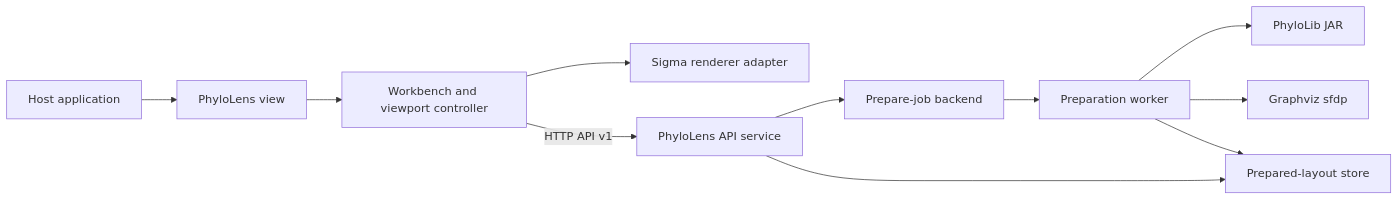
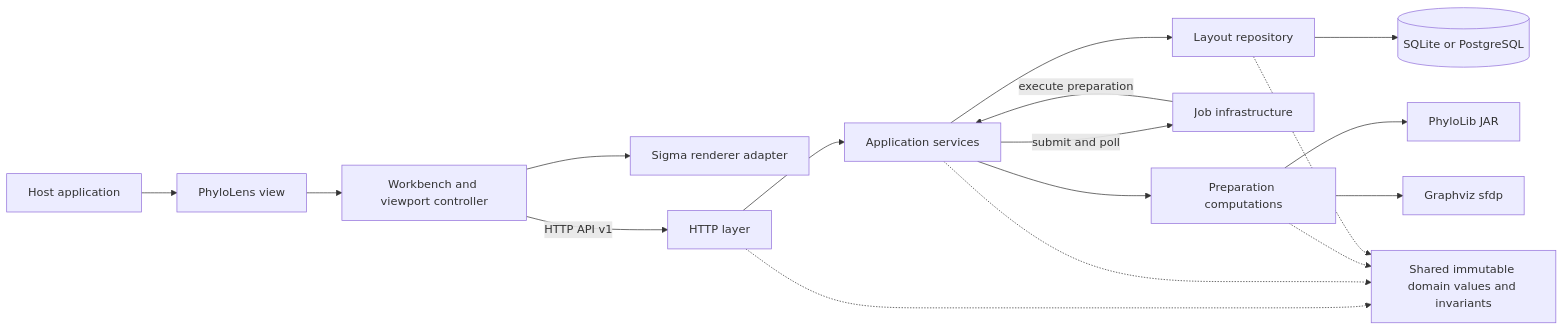
Before and after one commit to phyloviz/phylo-lens: the first of 3 diagrams in docs/ARCHITECTURE_SPEC.md, drawn with Mermaid. The commit also changed other lines of this file and 9 other files, not shown here.

Commit message:
docs(server): document layer ownership and preparation semantics

````diff
--- a/docs/ARCHITECTURE_SPEC.md
+++ b/docs/ARCHITECTURE_SPEC.md
@@ -12,24 +13,20 @@
 ```mermaid
 flowchart LR
-  Host[Host application]
-  View[PhyloLens view]
-  Workbench[Workbench and viewport controller]
-  Renderer[Sigma renderer adapter]
-  API[PhyloLens API service]
-  Jobs[Prepare-job backend]
-  Worker[Preparation worker]
-  Store[Prepared-layout store]
-  PhyloLib[PhyloLib JAR]
-  Graphviz[Graphviz sfdp]
-
-  Host --> View
-  View --> Workbench
-  Workbench --> Renderer
-  Workbench -->|HTTP API v1| API
-  API --> Jobs
-  Jobs --> Worker
-  Worker --> PhyloLib
-  Worker --> Graphviz
-  Worker --> Store
-  API --> Store
+  Host[Host application] --> View[PhyloLens view]
+  View --> Workbench[Workbench and viewport controller]
+  Workbench --> Renderer[Sigma renderer adapter]
+  Workbench -->|HTTP API v1| HTTP[HTTP layer]
+  HTTP --> Services[Application services]
+  Services --> Repository[Layout repository]
+  Repository --> Database[(SQLite or PostgreSQL)]
+  Services -->|submit and poll| Jobs[Job infrastructure]
+  Jobs -->|execute preparation| Services
+  Services --> Pipeline[Preparation computations]
+  Pipeline --> PhyloLib[PhyloLib JAR]
+  Pipeline --> Graphviz[Graphviz sfdp]
+  Domain[Shared immutable domain values and invariants]
+  HTTP -.-> Domain
+  Services -.-> Domain
+  Pipeline -.-> Domain
+  Repository -.-> Domain
 ```
````
